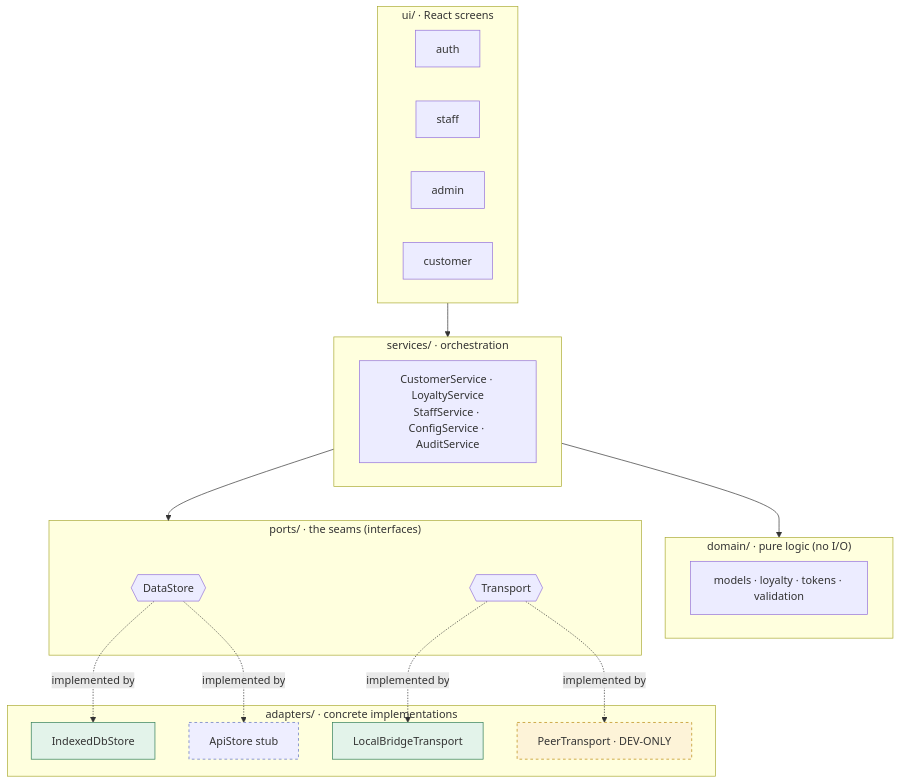
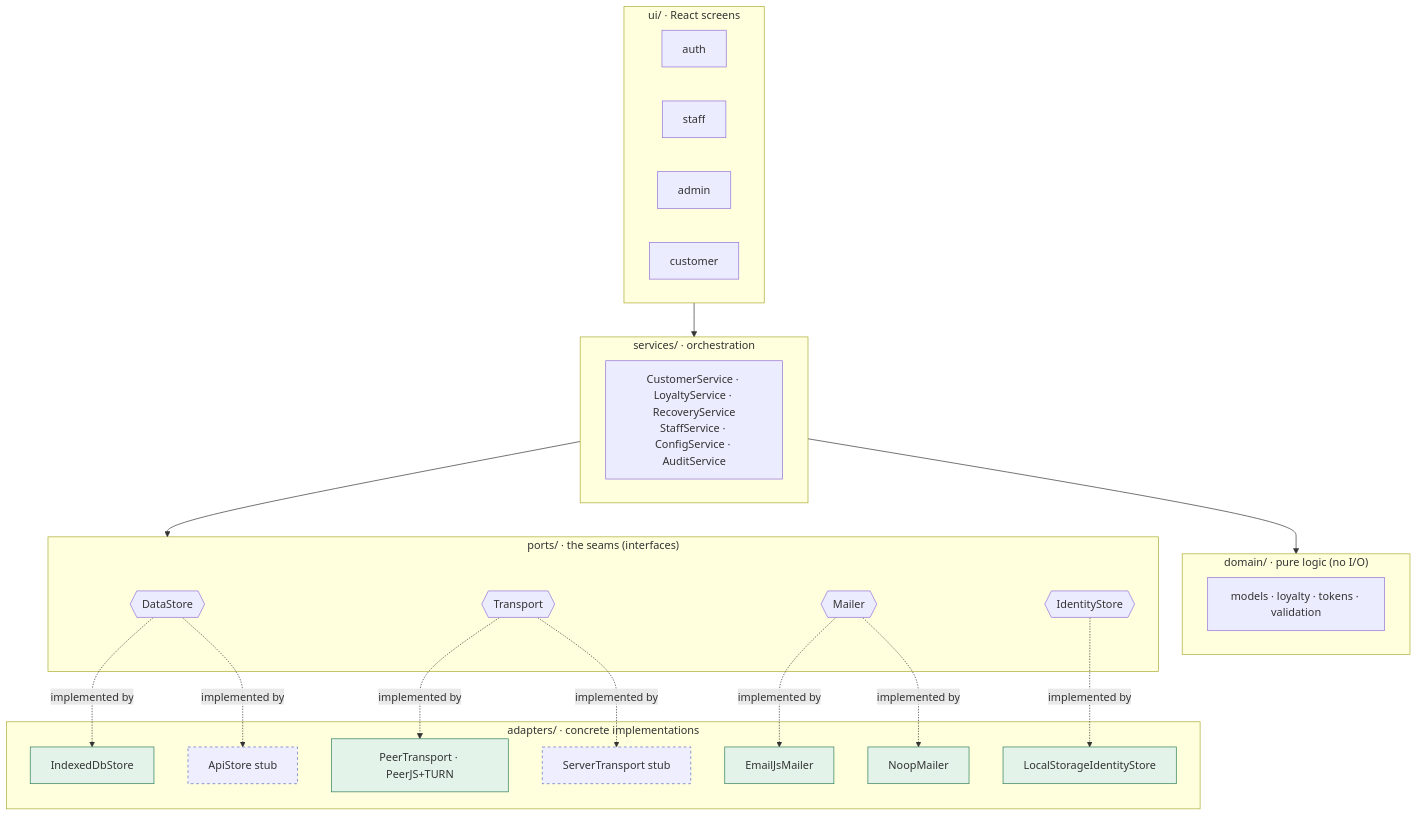
One commit to misch0n/loyalty-system changed the first of 6 diagrams in README.md. Above: the diagram before and after it, drawn with Mermaid. The commit also changed other lines of this file and 2 other files, not shown here.

First line of the commit message:
docs: reflect Appendix A — real PeerJS transport, Mailer/IdentityStore seams, self-register, recovery, notifications

````diff
--- a/README.md
+++ b/README.md
@@ -77,35 +81,41 @@
 ```mermaid
 flowchart TB
     subgraph ui["ui/ · React screens"]
         AUTH[auth] & STAFF[staff] & ADMIN[admin] & CUST[customer]
     end
 
     subgraph services["services/ · orchestration"]
-        SVC["CustomerService · LoyaltyService<br/>StaffService · ConfigService · AuditService"]
+        SVC["CustomerService · LoyaltyService · RecoveryService<br/>StaffService · ConfigService · AuditService"]
     end
 
     subgraph domain["domain/ · pure logic (no I/O)"]
         DOM["models · loyalty · tokens · validation"]
     end
 
     subgraph ports["ports/ · the seams (interfaces)"]
         DS{{DataStore}}
         TR{{Transport}}
+        ML{{Mailer}}
+        ID{{IdentityStore}}
     end
 
     subgraph adapters["adapters/ · concrete implementations"]
         IDB[IndexedDbStore]:::proto
         API[ApiStore stub]:::prod
-        LBT[LocalBridgeTransport]:::proto
-        PEER[PeerTransport · DEV-ONLY]:::dev
+        PEER[PeerTransport · PeerJS+TURN]:::proto
+        SRV[ServerTransport stub]:::prod
+        EJS[EmailJsMailer]:::proto
+        NOOP[NoopMailer]:::proto
+        LSI[LocalStorageIdentityStore]:::proto
     end
 
     ui --> services --> domain
     services --> ports
     DS -.implemented by.-> IDB & API
-    TR -.implemented by.-> LBT & PEER
+    TR -.implemented by.-> PEER & SRV
+    ML -.implemented by.-> EJS & NOOP
+    ID -.implemented by.-> LSI
 
     classDef proto fill:#e3f3ea,stroke:#2f7d57;
     classDef prod fill:#eef,stroke:#5b6cc0,stroke-dasharray:4;
-    classDef dev fill:#fdf3d8,stroke:#b8860b,stroke-dasharray:4;
 ```
````
